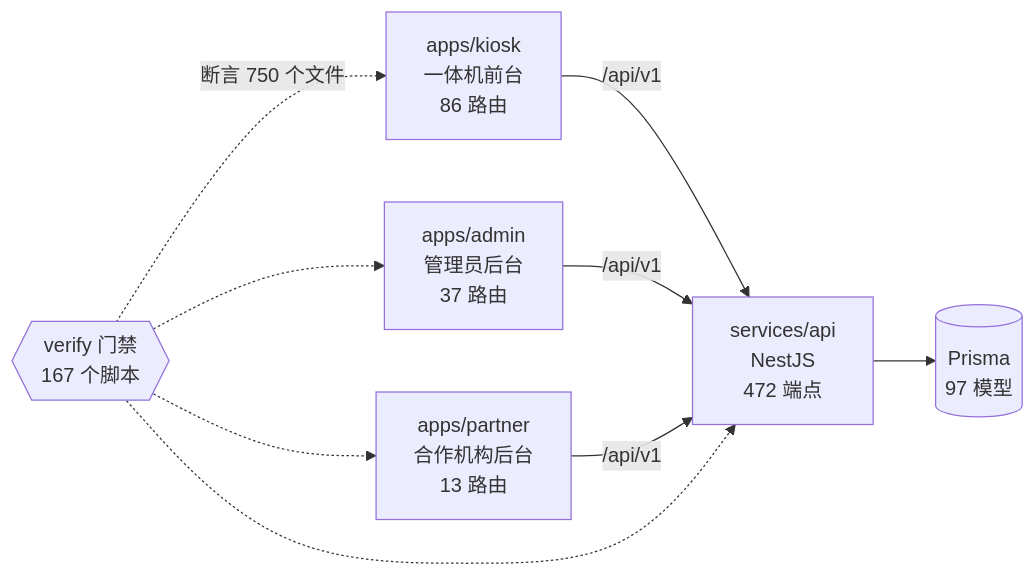
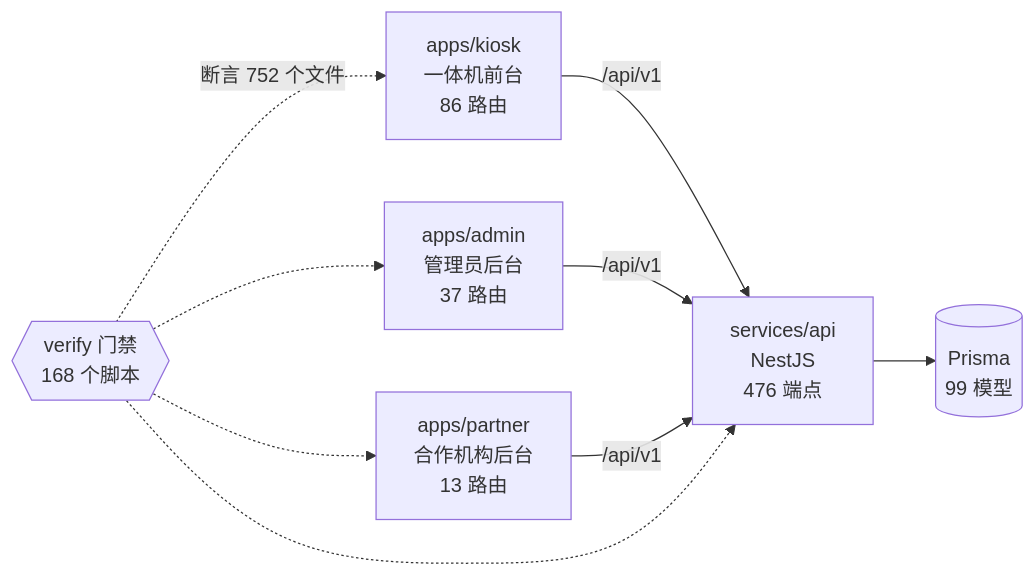
The diagram in docs/graph/README.md (wanglei581/YITIJI), drawn with Mermaid before and after one commit. The commit also changed other lines of this file and 5 other files, not shown here.

First line of the commit message:
chore(schema): 账本补记 AlertDisposition，图谱按本分支源码重生成

````diff
--- a/docs/graph/README.md
+++ b/docs/graph/README.md
@@ -68,18 +68,18 @@
 ```mermaid
 flowchart LR
   kiosk["apps/kiosk<br/>一体机前台<br/>86 路由"]
   admin["apps/admin<br/>管理员后台<br/>37 路由"]
   partner["apps/partner<br/>合作机构后台<br/>13 路由"]
-  api["services/api<br/>NestJS<br/>472 端点"]
-  db[("Prisma<br/>97 模型")]
-  gates{{"verify 门禁<br/>167 个脚本"}}
+  api["services/api<br/>NestJS<br/>476 端点"]
+  db[("Prisma<br/>99 模型")]
+  gates{{"verify 门禁<br/>168 个脚本"}}
 
   kiosk -->|"/api/v1"| api
   admin -->|"/api/v1"| api
   partner -->|"/api/v1"| api
   api --> db
-  gates -.->|"断言 750 个文件"| kiosk
+  gates -.->|"断言 752 个文件"| kiosk
   gates -.-> admin
   gates -.-> partner
   gates -.-> api
 ```
````
